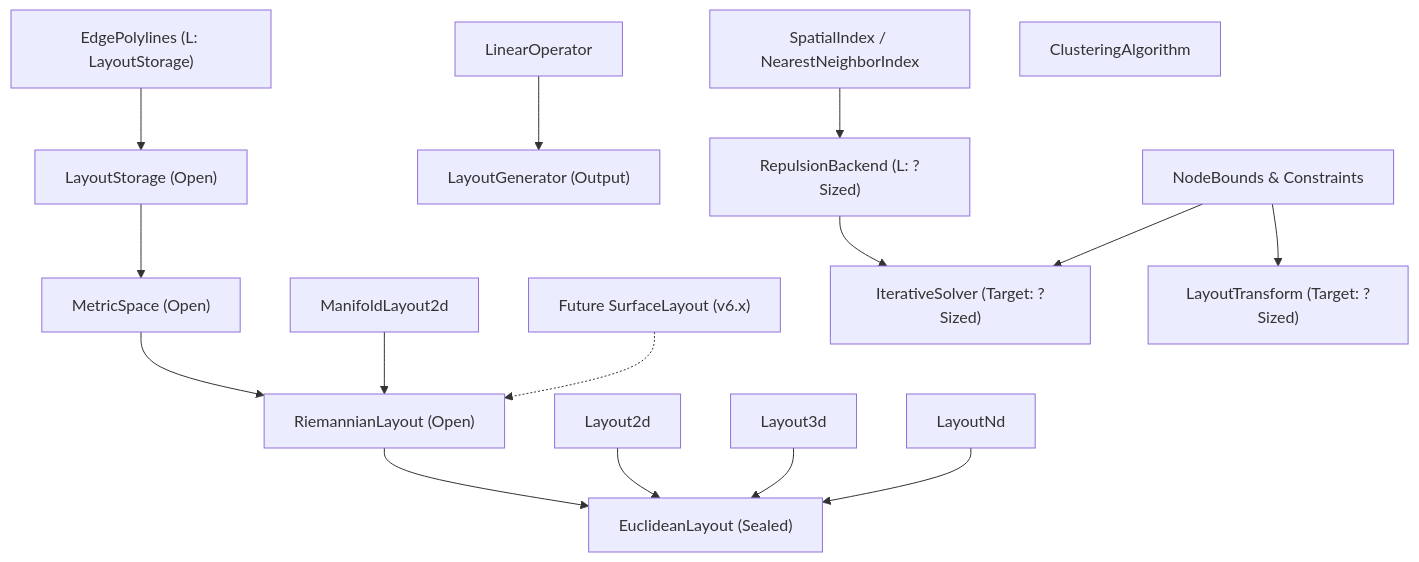
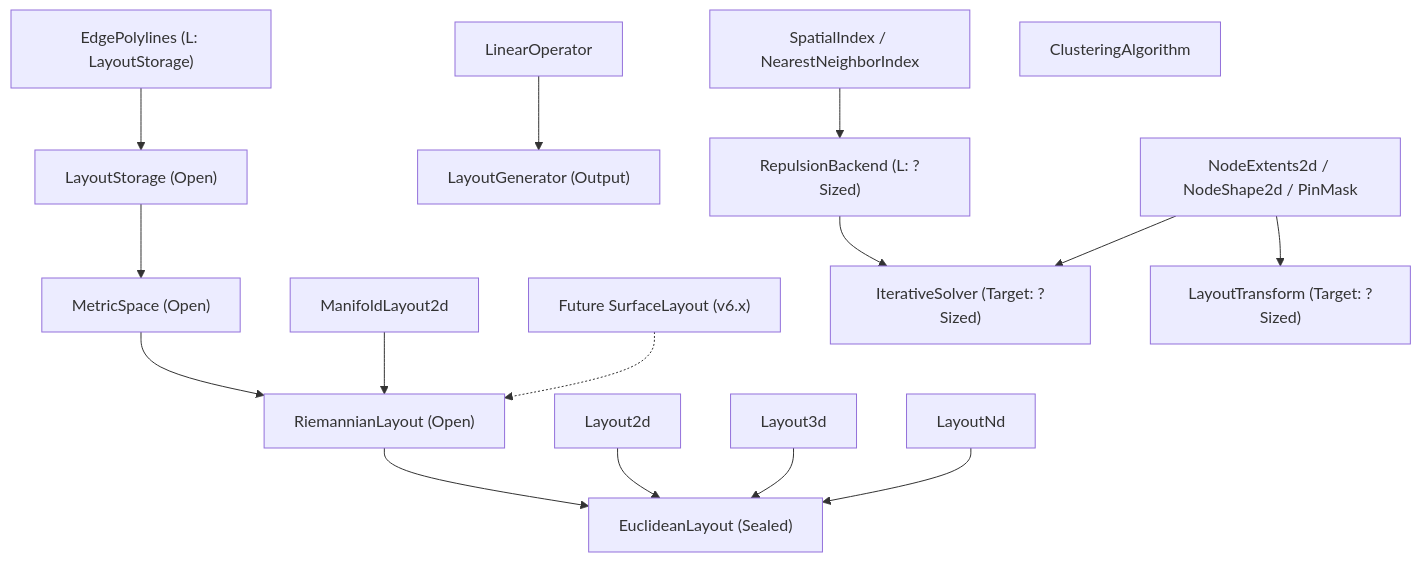
Before and after one commit to likr/egraph-rs: the first of 3 diagrams in docs/V6_API_FREEZE_SPEC.md, drawn with Mermaid. The commit also changed other lines of this file and 44 other files, not shown here.

````diff
--- a/docs/V6_API_FREEZE_SPEC.md
+++ b/docs/V6_API_FREEZE_SPEC.md
@@ -53,30 +53,30 @@
 ```mermaid
 flowchart TD
     LS["LayoutStorage (Open)"] --> MS["MetricSpace (Open)"]
     MS --> RL["RiemannianLayout (Open)"]
     RL --> EL["EuclideanLayout (Sealed)"]
 
     L2["Layout2d"] --> EL
     L3["Layout3d"] --> EL
     LN["LayoutNd"] --> EL
     ML["ManifoldLayout2d"] --> RL
     SF["Future SurfaceLayout (v6.x)"] -.-> RL
 
     EP["EdgePolylines (L: LayoutStorage)"] --> LS
 
     IS["IterativeSolver (Target: ?Sized)"]
     LG["LayoutGenerator (Output)"]
     LT["LayoutTransform (Target: ?Sized)"]
     RB["RepulsionBackend (L: ?Sized)"]
 
     SI["SpatialIndex / NearestNeighborIndex"]
     LO["LinearOperator"]
-    NC["NodeBounds & Constraints"]
+    NC["NodeExtents2d / NodeShape2d / PinMask"]
     CL["ClusteringAlgorithm"]
 
     SI --> RB
     NC --> IS
     NC --> LT
     LO --> LG
     RB --> IS
 ```
````
